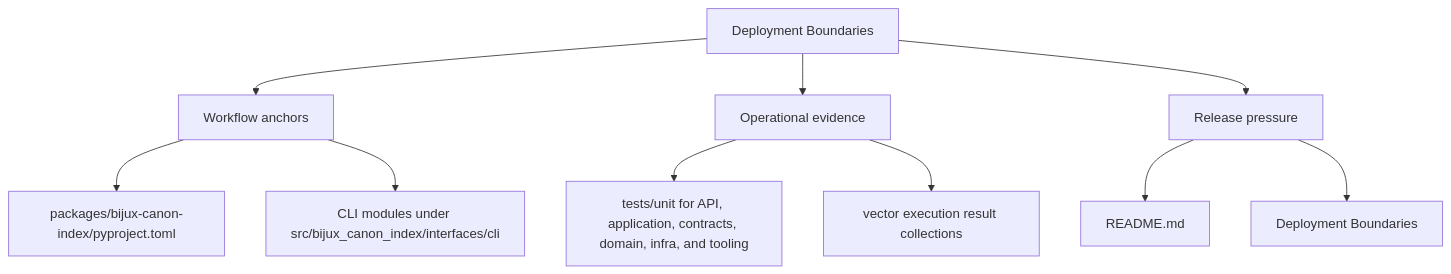
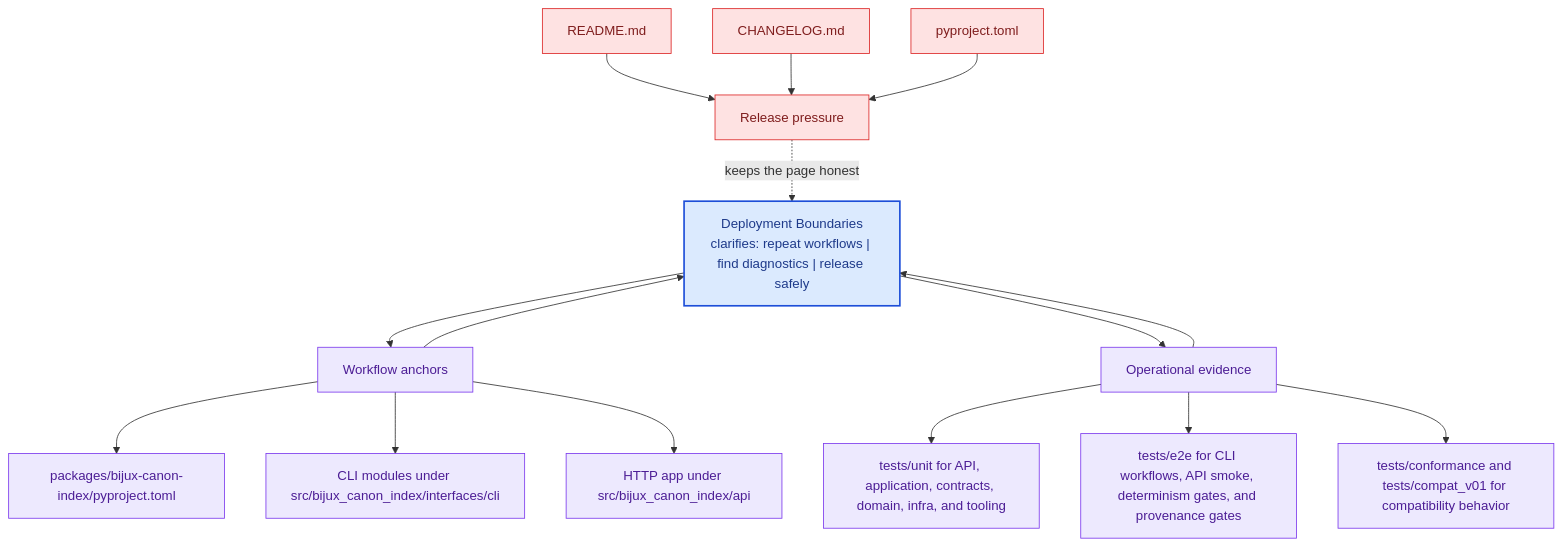
One commit to bijux/bijux-canon changed the second of 2 diagrams in docs/bijux-canon-index/operations/deployment-boundaries.md. Above: the diagram before and after it, drawn with Mermaid. The commit also changed other lines of this file and 281 other files, not shown here.

Commit message:
docs(diagrams): deepen handbook mermaid maps across the catalog

````diff
--- a/docs/bijux-canon-index/operations/deployment-boundaries.md
+++ b/docs/bijux-canon-index/operations/deployment-boundaries.md
@@ -34,22 +67,41 @@
 ```mermaid
-flowchart TD
-    page["Deployment Boundaries"]
+flowchart TB
+    promise["Deployment Boundaries<br/>clarifies: repeat workflows | find diagnostics | release safely"]
+    classDef promise fill:#dbeafe,stroke:#1d4ed8,color:#1e3a8a,stroke-width:2px;
+    classDef driver fill:#dcfce7,stroke:#16a34a,color:#14532d;
+    classDef constraint fill:#fee2e2,stroke:#dc2626,color:#7f1d1d;
+    classDef ground fill:#ede9fe,stroke:#7c3aed,color:#4c1d95;
     focus1["Workflow anchors"]
-    page --> focus1
+    focus1 --> promise
+    promise --> focus1
     focus1_1["packages/bijux-canon-index/pyproject.toml"]
     focus1 --> focus1_1
     focus1_2["CLI modules under src/bijux_canon_index/interfaces/cli"]
     focus1 --> focus1_2
+    focus1_3["HTTP app under src/bijux_canon_index/api"]
+    focus1 --> focus1_3
+    class focus1 ground;
+    class focus1_1,focus1_2,focus1_3 ground;
     focus2["Operational evidence"]
-    page --> focus2
+    focus2 --> promise
+    promise --> focus2
     focus2_1["tests/unit for API, application, contracts, domain, infra, and tooling"]
     focus2 --> focus2_1
-    focus2_2["vector execution result collections"]
+    focus2_2["tests/e2e for CLI workflows, API smoke, determinism gates, and provenance gates"]
     focus2 --> focus2_2
+    focus2_3["tests/conformance and tests/compat_v01 for compatibility behavior"]
+    focus2 --> focus2_3
+    class focus2 ground;
+    class focus2_1,focus2_2,focus2_3 ground;
     focus3["Release pressure"]
-    page --> focus3
+    focus3 -.keeps the page honest.-> promise
     focus3_1["README.md"]
-    focus3 --> focus3_1
-    focus3_2["Deployment Boundaries"]
-    focus3 --> focus3_2
+    focus3_1 --> focus3
+    focus3_2["CHANGELOG.md"]
+    focus3_2 --> focus3
+    focus3_3["pyproject.toml"]
+    focus3_3 --> focus3
+    class focus3 constraint;
+    class focus3_1,focus3_2,focus3_3 constraint;
+    class promise promise;
 ```
````
